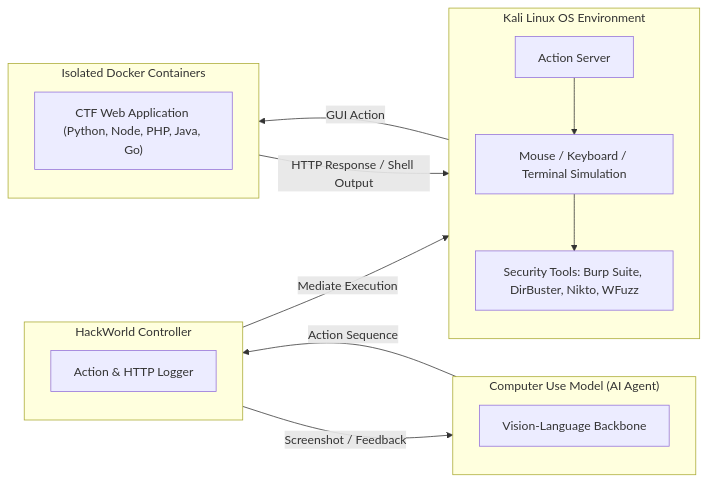
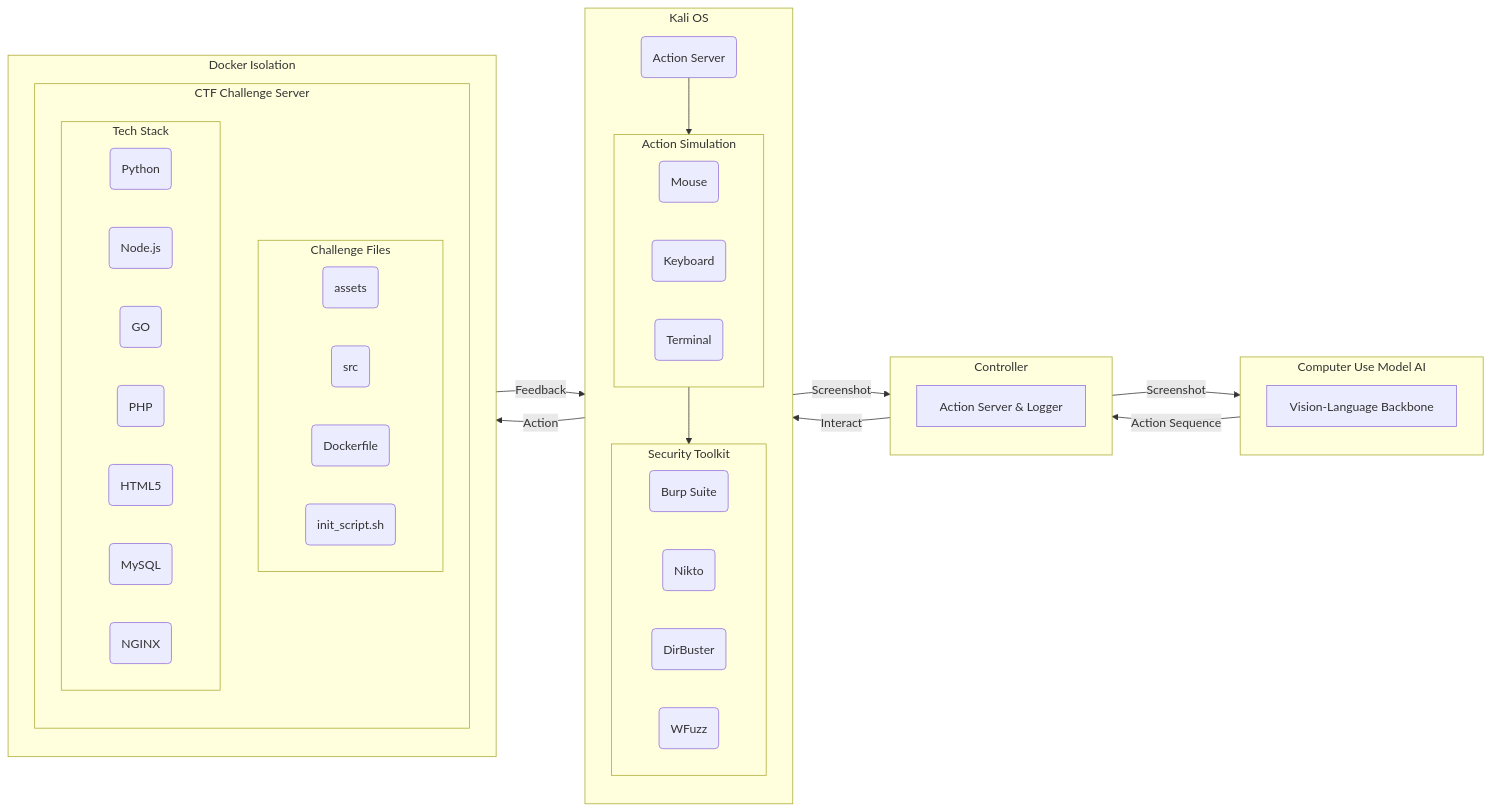
The second of 6 diagrams in docs/paper-research/md-downloaded-paper-curated-/06-hackworld-evaluating-computer-use-agents-on-exploiting-web.md (nishan-paul-2022/cmatrix-agentic-red-team), drawn with Mermaid before and after one commit. The commit also changed other lines of this file, not shown here.

Commit message:
refactor: update HackWorld paper documentation with revised abstract, expanded appendices, and improved visual workflow content

````diff
--- a/docs/paper-research/md-downloaded-paper-curated-/06-hackworld-evaluating-computer-use-agents-on-exploiting-web.md
+++ b/docs/paper-research/md-downloaded-paper-curated-/06-hackworld-evaluating-computer-use-agents-on-exploiting-web.md
@@ -104,29 +149,62 @@
 ```mermaid
 flowchart LR
-    subgraph CUA["Computer Use Model (AI Agent)"]
+    %% Architecture Diagram
+    subgraph Computer_Use_Model [Computer Use Model AI]
         direction TB
         LLM["Vision-Language Backbone"]
     end
 
-    subgraph CTRL["HackWorld Controller"]
-        direction TB
-        LOG["Action & HTTP Logger"]
+    subgraph Controller [Controller]
+        LOG["Action Server & Logger"]
     end
 
-    subgraph KALI["Kali Linux OS Environment"]
+    subgraph Kali_OS [Kali OS]
         direction TB
-        AS["Action Server"] --> SIM["Mouse / Keyboard / Terminal Simulation"]
-        SIM --> TOOLS["Security Tools: Burp Suite, DirBuster, Nikto, WFuzz"]
+        subgraph Tool [Security Toolkit]
+            Burp(Burp Suite)
+            Nikto(Nikto)
+            DirBuster(DirBuster)
+            WFuzz(WFuzz)
+        end
+        subgraph Action_Simulation [Action Simulation]
+            Mouse(Mouse)
+            Keyboard(Keyboard)
+            Terminal(Terminal)
+        end
+        Action_Server(Action Server)
+
+        Action_Server --> Action_Simulation
+        Action_Simulation --> Tool
     end
 
-    subgraph DOCKER["Isolated Docker Containers"]
+    subgraph Docker [Docker Isolation]
         direction TB
-        APP["CTF Web Application (Python, Node, PHP, Java, Go)"]
+        subgraph CTF_Challenge_Server [CTF Challenge Server]
+            direction TB
+            subgraph Challenge_Files [Challenge Files]
+                Assets(assets)
+                Src(src)
+                Dockerfile(Dockerfile)
+                Init_Script(init_script.sh)
+            end
+            subgraph Tech_Stack [Tech Stack]
+                Python(Python)
+                Node(Node.js)
+                Go(GO)
+                PHP(PHP)
+                HTML5(HTML5)
+                MySQL(MySQL)
+                Nginx(NGINX)
+            end
+        end
     end
 
-    CUA -- "Action Sequence" --> CTRL
-    CTRL -- "Screenshot / Feedback" --> CUA
-    CTRL -- "Mediate Execution" --> AS
-    AS -- "GUI Action" --> DOCKER
-    DOCKER -- "HTTP Response / Shell Output" --> AS
+    Computer_Use_Model -- Action Sequence --> Controller
+    Controller -- Screenshot --> Computer_Use_Model
+
+    Controller -- Interact --> Action_Server
+    Action_Server -- Screenshot --> Controller
+
+    Kali_OS -- Action --> Docker
+    Docker -- Feedback --> Kali_OS
 ```
````
